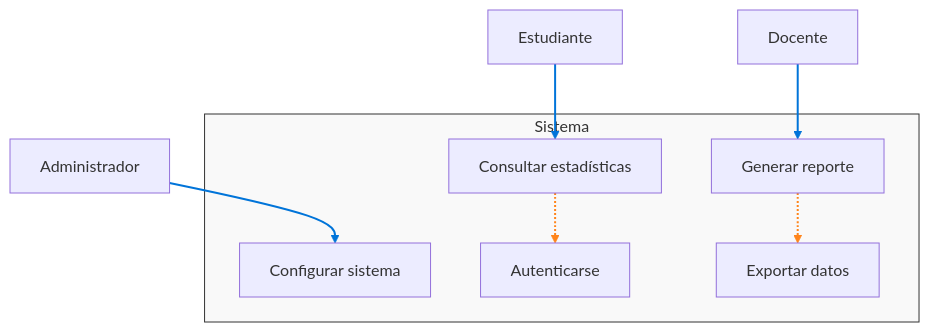
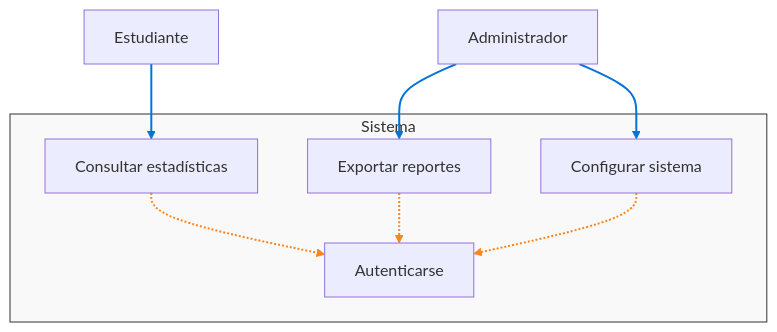
One commit to UPT-FAING-EPIS/proyecto-si885-2025-i-u1-hernandez_paja changed the seventh of 13 diagrams in FD03-EPIS-Informe Especificación Requerimientos.md. Above: the diagram before and after it, drawn with Mermaid. The commit also changed other lines of this file, not shown here.

````diff
--- a/FD03-EPIS-Informe Especificación Requerimientos.md
+++ b/FD03-EPIS-Informe Especificación Requerimientos.md
@@ -247,20 +247,20 @@
 ```mermaid
 flowchart TD
     subgraph Sistema
         UC1[Consultar estadísticas]
-        UC2[Generar reporte]
+        UC2[Exportar reportes]
         UC3[Configurar sistema]
         UC4[Autenticarse]
-        UC5[Exportar datos]
     end
-    
+
     Estudiante --> UC1
-    Docente --> UC2
+    Administrador --> UC2
     Administrador --> UC3
     UC1 -.-> UC4
-    UC2 -.-> UC5
-    
+    UC2 -.-> UC4
+    UC3 -.-> UC4
+
     style Sistema fill:#f9f9f9,stroke:#333
     linkStyle 0,1,2 stroke:#0074D9,stroke-width:2px
-    linkStyle 3,4 stroke:#FF851B,stroke-width:2px
+    linkStyle 3,4,5 stroke:#FF851B,stroke-width:2px
 ```
````
